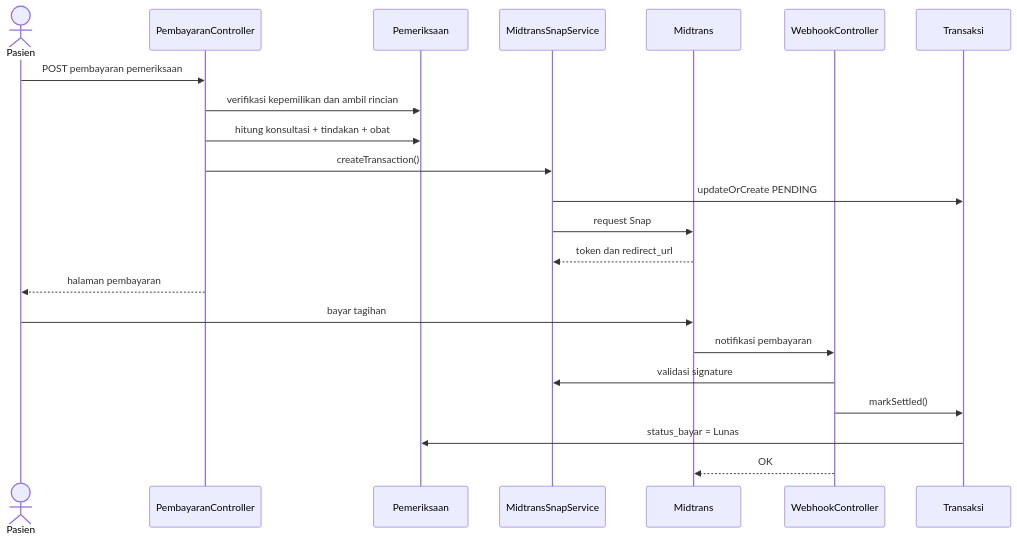
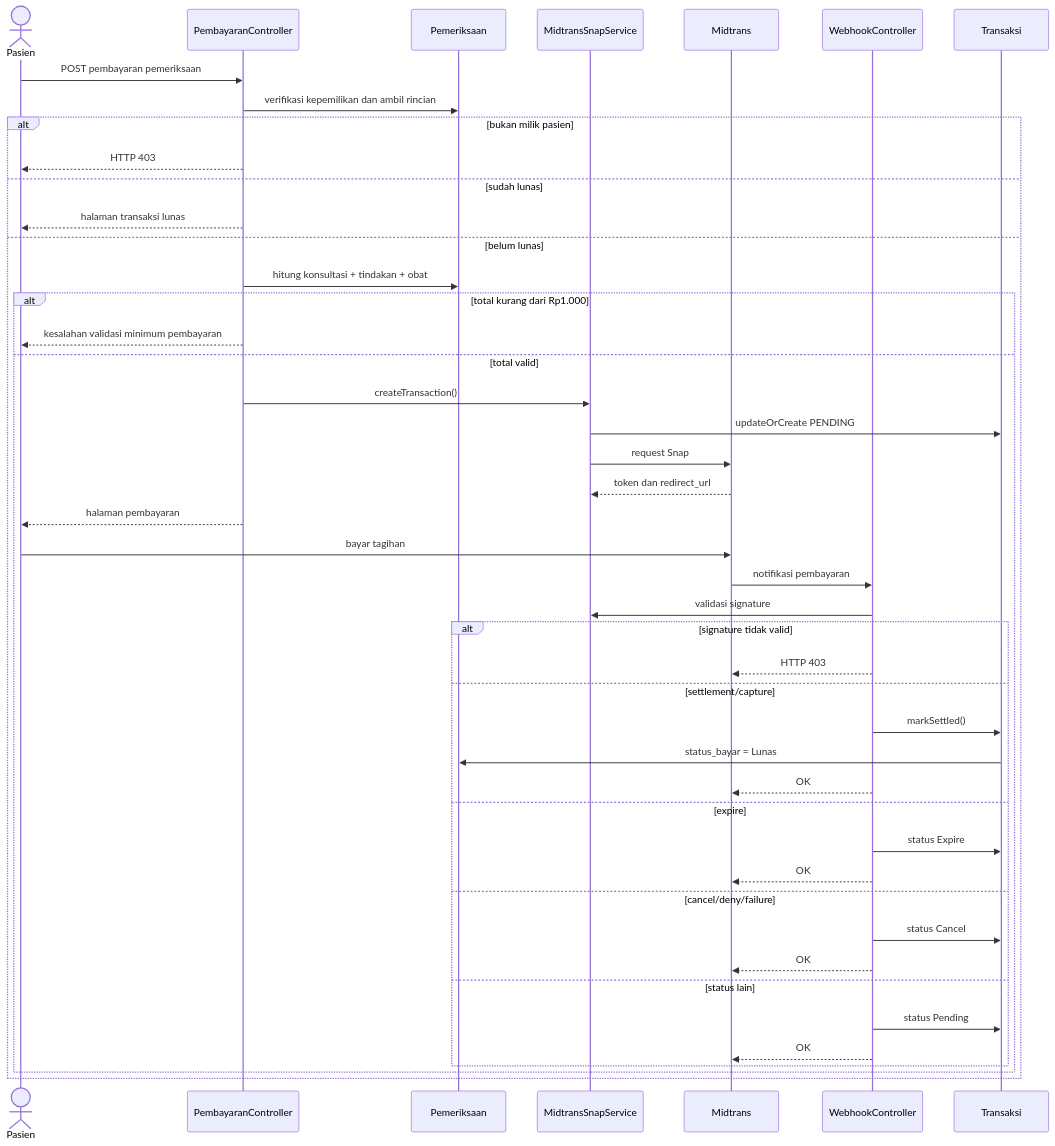
Before and after one commit to Faathir81/Sistem-Informasi-Klinik: the fifth of 7 diagrams in dokumentasi/spesifikasi-proyek/sequence-diagrams.md, drawn with Mermaid. The commit also changed other lines of this file and 4 other files, not shown here.

Commit message:
docs: align activity and sequence diagrams with implementation

````diff
--- a/dokumentasi/spesifikasi-proyek/sequence-diagrams.md
+++ b/dokumentasi/spesifikasi-proyek/sequence-diagrams.md
@@ -139,25 +151,48 @@
 ```mermaid
 sequenceDiagram
     actor Pasien
     participant Controller as PembayaranController
     participant Pemeriksaan
     participant Snap as MidtransSnapService
     participant Midtrans
     participant Webhook as WebhookController
     participant Transaksi
 
     Pasien->>Controller: POST pembayaran pemeriksaan
     Controller->>Pemeriksaan: verifikasi kepemilikan dan ambil rincian
+    alt bukan milik pasien
+        Controller-->>Pasien: HTTP 403
+    else sudah lunas
+        Controller-->>Pasien: halaman transaksi lunas
+    else belum lunas
     Controller->>Pemeriksaan: hitung konsultasi + tindakan + obat
+        alt total kurang dari Rp1.000
+            Controller-->>Pasien: kesalahan validasi minimum pembayaran
+        else total valid
     Controller->>Snap: createTransaction()
     Snap->>Transaksi: updateOrCreate PENDING
     Snap->>Midtrans: request Snap
     Midtrans-->>Snap: token dan redirect_url
     Controller-->>Pasien: halaman pembayaran
     Pasien->>Midtrans: bayar tagihan
     Midtrans->>Webhook: notifikasi pembayaran
     Webhook->>Snap: validasi signature
-    Webhook->>Transaksi: markSettled()
-    Transaksi->>Pemeriksaan: status_bayar = Lunas
-    Webhook-->>Midtrans: OK
+            alt signature tidak valid
+                Webhook-->>Midtrans: HTTP 403
+            else settlement/capture
+                Webhook->>Transaksi: markSettled()
+                Transaksi->>Pemeriksaan: status_bayar = Lunas
+                Webhook-->>Midtrans: OK
+            else expire
+                Webhook->>Transaksi: status Expire
+                Webhook-->>Midtrans: OK
+            else cancel/deny/failure
+                Webhook->>Transaksi: status Cancel
+                Webhook-->>Midtrans: OK
+            else status lain
+                Webhook->>Transaksi: status Pending
+                Webhook-->>Midtrans: OK
+            end
+        end
+    end
 ```
````
